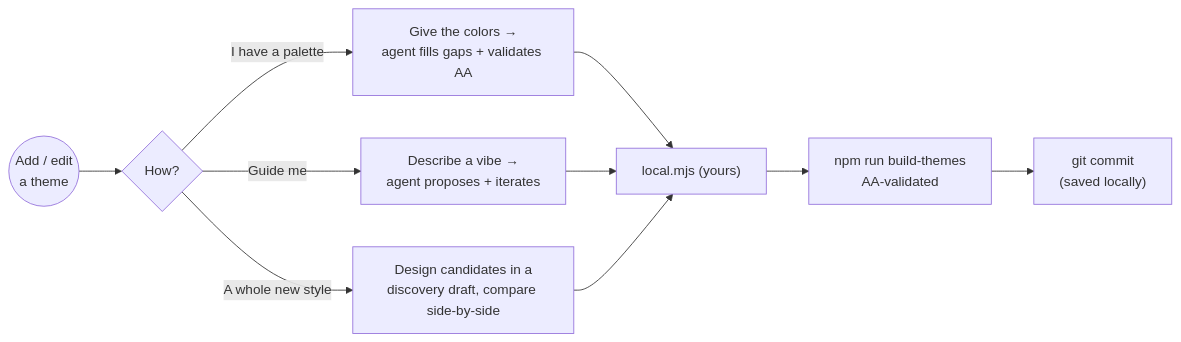
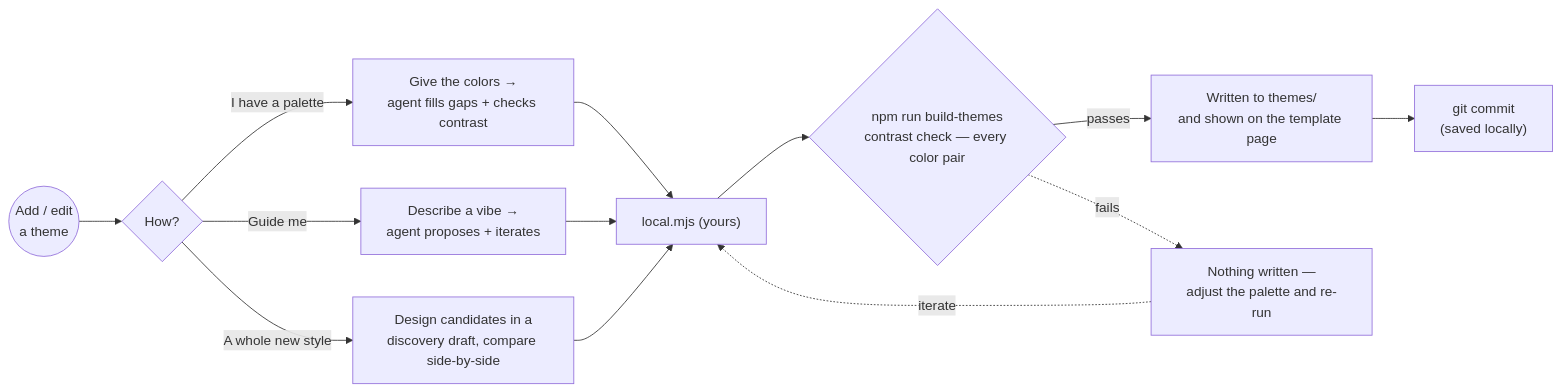
Before and after one commit to kaseycolian/theme-service: the fifth of 6 diagrams in docs/OVERVIEW.md, drawn with Mermaid. The commit also changed other lines of this file and 11 other files, not shown here.

````diff
--- a/docs/OVERVIEW.md
+++ b/docs/OVERVIEW.md
@@ -137,12 +133,15 @@
 ```mermaid
 flowchart LR
   START(("Add / edit<br/>a theme")) --> WAY{"How?"}
-  WAY -->|"I have a palette"| W1["Give the colors →<br/>agent fills gaps + validates AA"]
+  WAY -->|"I have a palette"| W1["Give the colors →<br/>agent fills gaps + checks contrast"]
   WAY -->|"Guide me"| W2["Describe a vibe →<br/>agent proposes + iterates"]
   WAY -->|"A whole new style"| W3["Design candidates in a<br/>discovery draft, compare side-by-side"]
   W1 --> INTO["local.mjs (yours)"]
   W2 --> INTO
   W3 --> INTO
-  INTO --> BUILD2["npm run build-themes<br/>AA-validated"]
-  BUILD2 --> COMMIT["git commit<br/>(saved locally)"]
+  INTO --> CHECK{"npm run build-themes<br/>contrast check — every color pair"}
+  CHECK -->|"passes"| WRITTEN["Written to themes/<br/>and shown on the template page"]
+  CHECK -. "fails" .-> REFUSED["Nothing written —<br/>adjust the palette and re-run"]
+  REFUSED -. "iterate" .-> INTO
+  WRITTEN --> COMMIT["git commit<br/>(saved locally)"]
 ```
````
